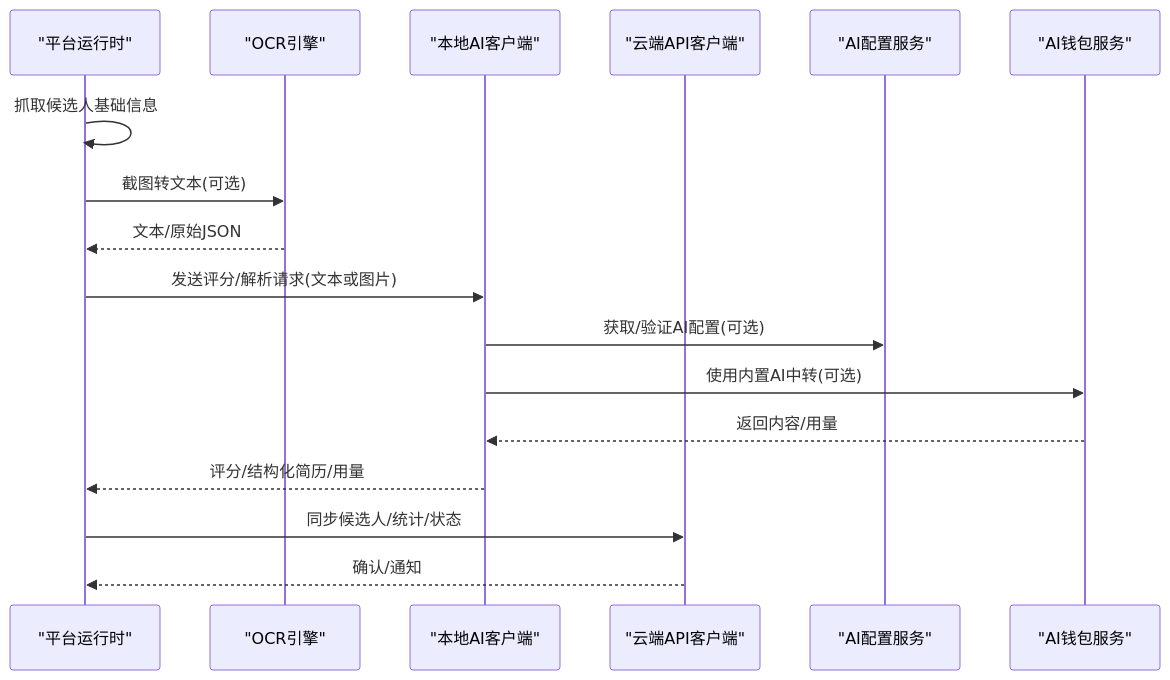
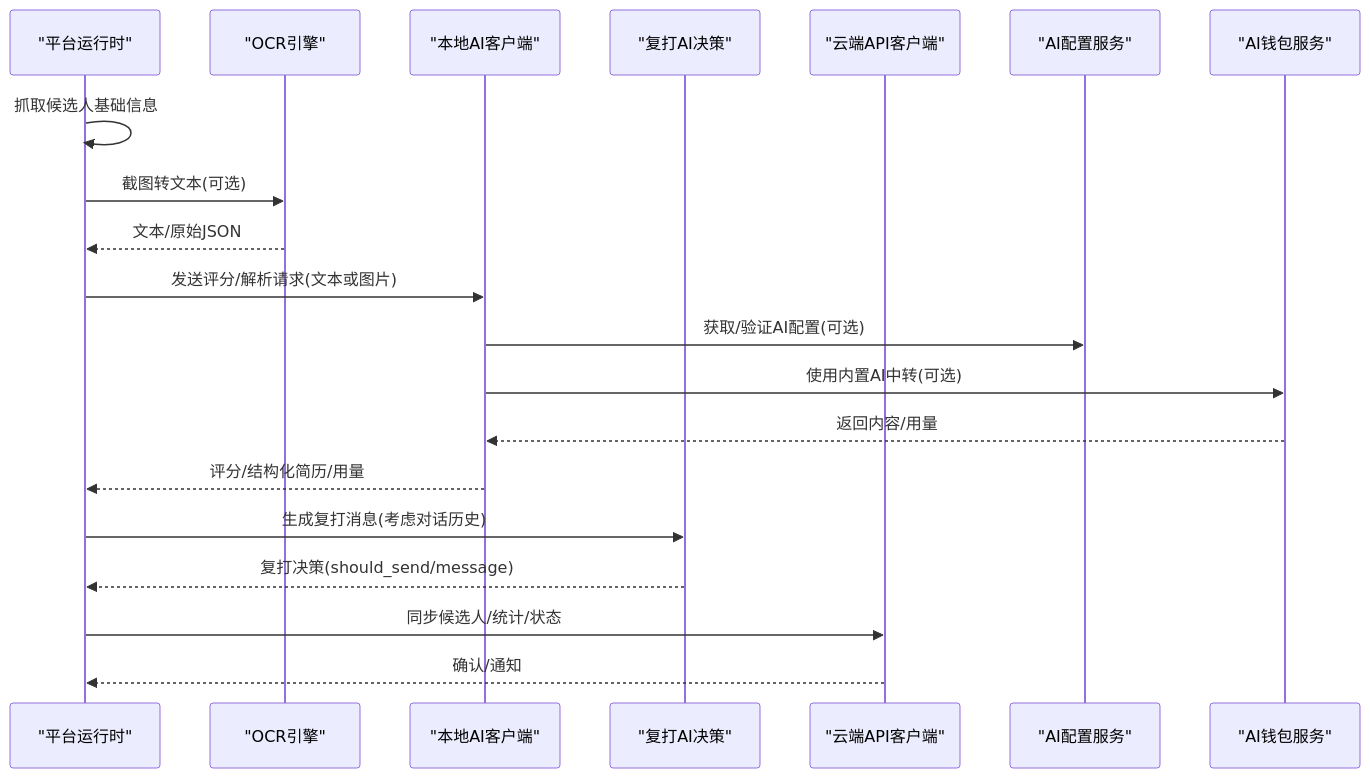
The second of 8 diagrams in .qoder/repowiki/zh/content/本地执行器/AI集成/AI集成.md (alvinwangzi/goodhr), drawn with Mermaid before and after one commit. The commit also changed other lines of this file and 91 other files, not shown here.

````diff
--- a/.qoder/repowiki/zh/content/本地执行器/AI集成/AI集成.md
+++ b/.qoder/repowiki/zh/content/本地执行器/AI集成/AI集成.md
@@ -84,19 +102,22 @@
 ```mermaid
 sequenceDiagram
 participant PR as "平台运行时"
 participant OCR as "OCR引擎"
 participant LAI as "本地AI客户端"
+participant RAI as "复打AI决策"
 participant CA as "云端API客户端"
 participant AC as "AI配置服务"
 participant AW as "AI钱包服务"
 PR->>PR : 抓取候选人基础信息
 PR->>OCR : 截图转文本(可选)
 OCR-->>PR : 文本/原始JSON
 PR->>LAI : 发送评分/解析请求(文本或图片)
 LAI->>AC : 获取/验证AI配置(可选)
 LAI->>AW : 使用内置AI中转(可选)
 AW-->>LAI : 返回内容/用量
 LAI-->>PR : 评分/结构化简历/用量
+PR->>RAI : 生成复打消息(考虑对话历史)
+RAI-->>PR : 复打决策(should_send/message)
 PR->>CA : 同步候选人/统计/状态
 CA-->>PR : 确认/通知
 ```
````
